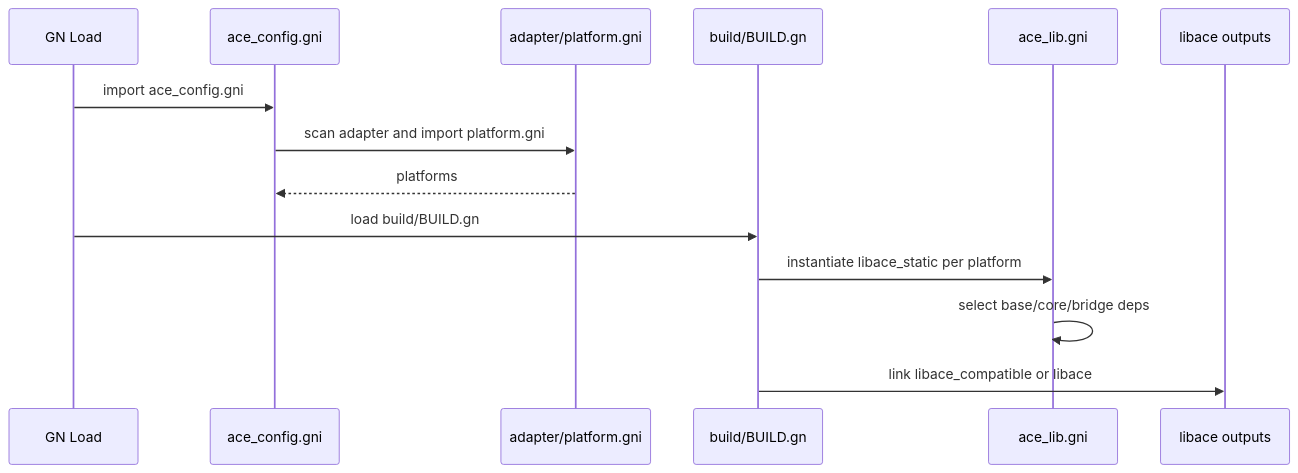
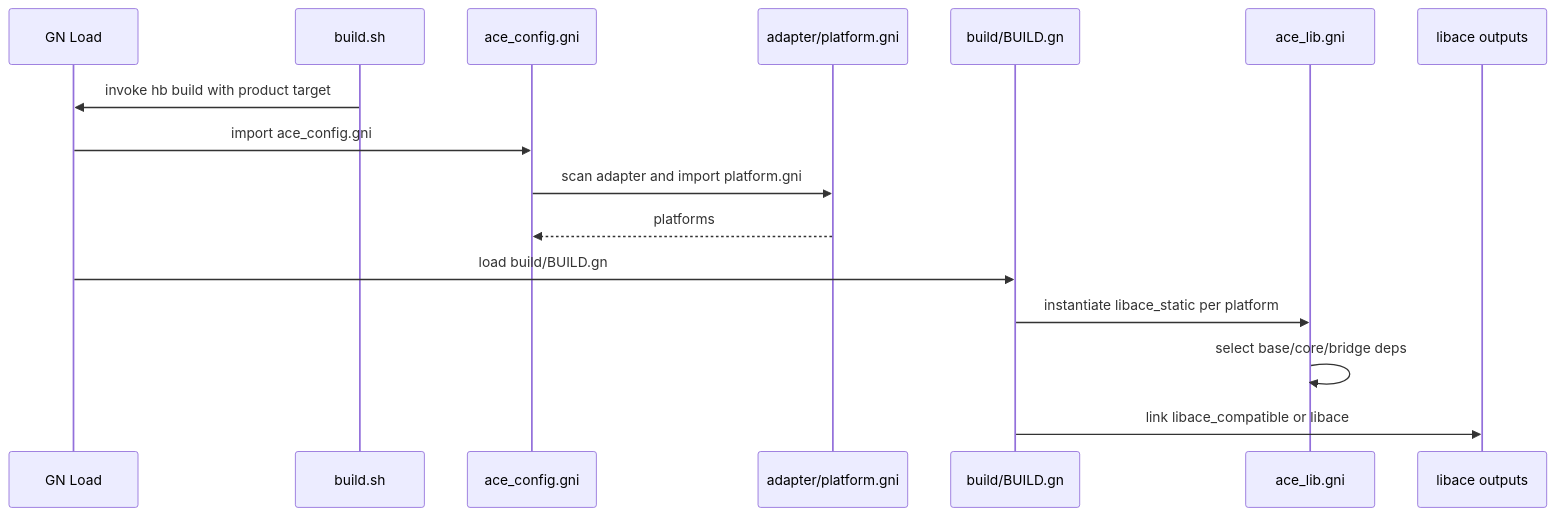
The second of 4 diagrams in 01-architecture/01-architecture-design/01-build-system/design.md (cleeshark/arkui_specs), drawn with Mermaid before and after one commit. The commit also changed other lines of this file and 1 other file, not shown here.

First line of the commit message:
update Feat-01-build-gn-structure-spec

````diff
--- a/01-architecture/01-architecture-design/01-build-system/design.md
+++ b/01-architecture/01-architecture-design/01-build-system/design.md
@@ -172,17 +190,19 @@
 ```mermaid
 sequenceDiagram
   participant GN as GN Load
+  participant ROOT as build.sh
   participant CFG as ace_config.gni
   participant ADP as adapter/platform.gni
   participant BUILD as build/BUILD.gn
   participant LIB as ace_lib.gni
   participant OUT as libace outputs
 
+  ROOT->>GN: invoke hb build with product target
   GN->>CFG: import ace_config.gni
   CFG->>ADP: scan adapter and import platform.gni
   ADP-->>CFG: platforms
   GN->>BUILD: load build/BUILD.gn
   BUILD->>LIB: instantiate libace_static per platform
   LIB->>LIB: select base/core/bridge deps
   BUILD->>OUT: link libace_compatible or libace
 ```
````
